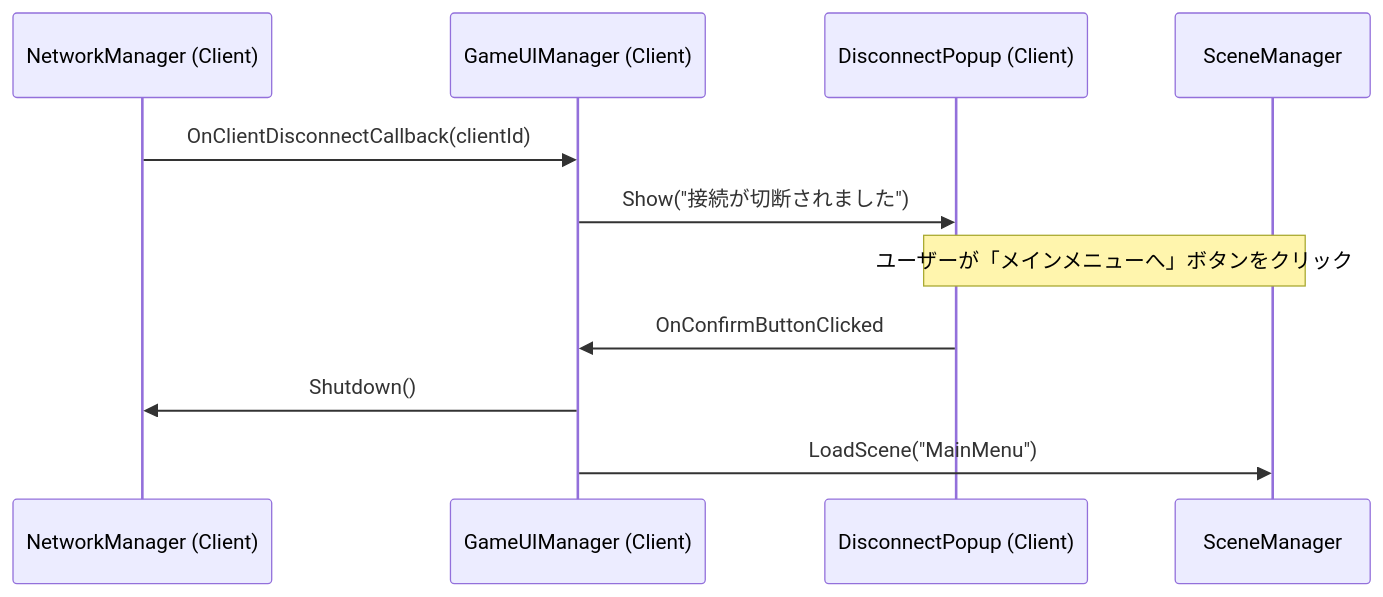
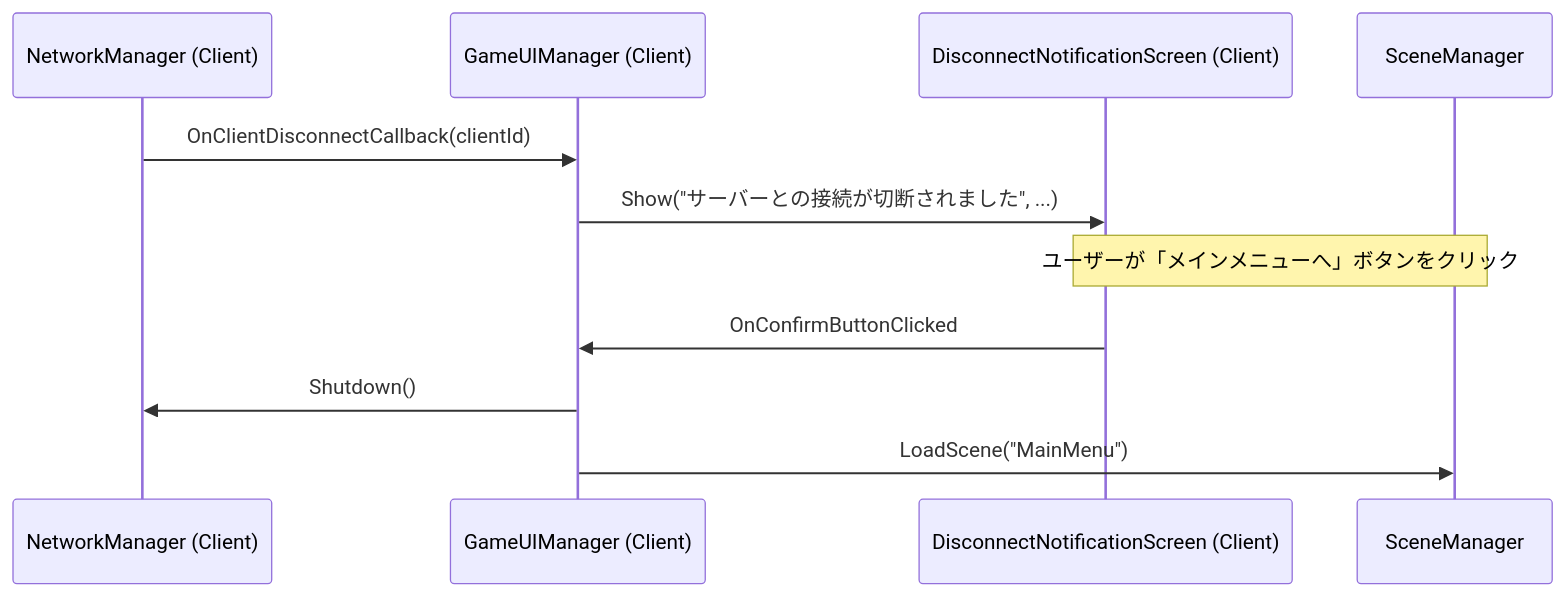
Before and after one commit to C4P3/TypingSurvivor: the third of 3 diagrams in Assets/_Project/Features/Core/Disconnection-Handling.md, drawn with Mermaid. The commit also changed other lines of this file and 2 other files, not shown here.

````diff
--- a/Assets/_Project/Features/Core/Disconnection-Handling.md
+++ b/Assets/_Project/Features/Core/Disconnection-Handling.md
@@ -71,16 +75,16 @@
 ```mermaid
 sequenceDiagram
     participant NetManager as NetworkManager (Client)
     participant GameUIManager as GameUIManager (Client)
-    participant Popup as DisconnectPopup (Client)
+    participant DisconnectScreen as DisconnectNotificationScreen (Client)
     participant SceneManager as SceneManager
 
     NetManager->>GameUIManager: OnClientDisconnectCallback(clientId)
-    GameUIManager->>Popup: Show("接続が切断されました")
+    GameUIManager->>DisconnectScreen: Show("サーバーとの接続が切断されました", ...)
     
-    Note over Popup, SceneManager: ユーザーが「メインメニューへ」ボタンをクリック
+    Note over DisconnectScreen, SceneManager: ユーザーが「メインメニューへ」ボタンをクリック
     
-    Popup->>GameUIManager: OnConfirmButtonClicked
+    DisconnectScreen->>GameUIManager: OnConfirmButtonClicked
     GameUIManager->>NetManager: Shutdown()
     GameUIManager->>SceneManager: LoadScene("MainMenu")
 ```
````
